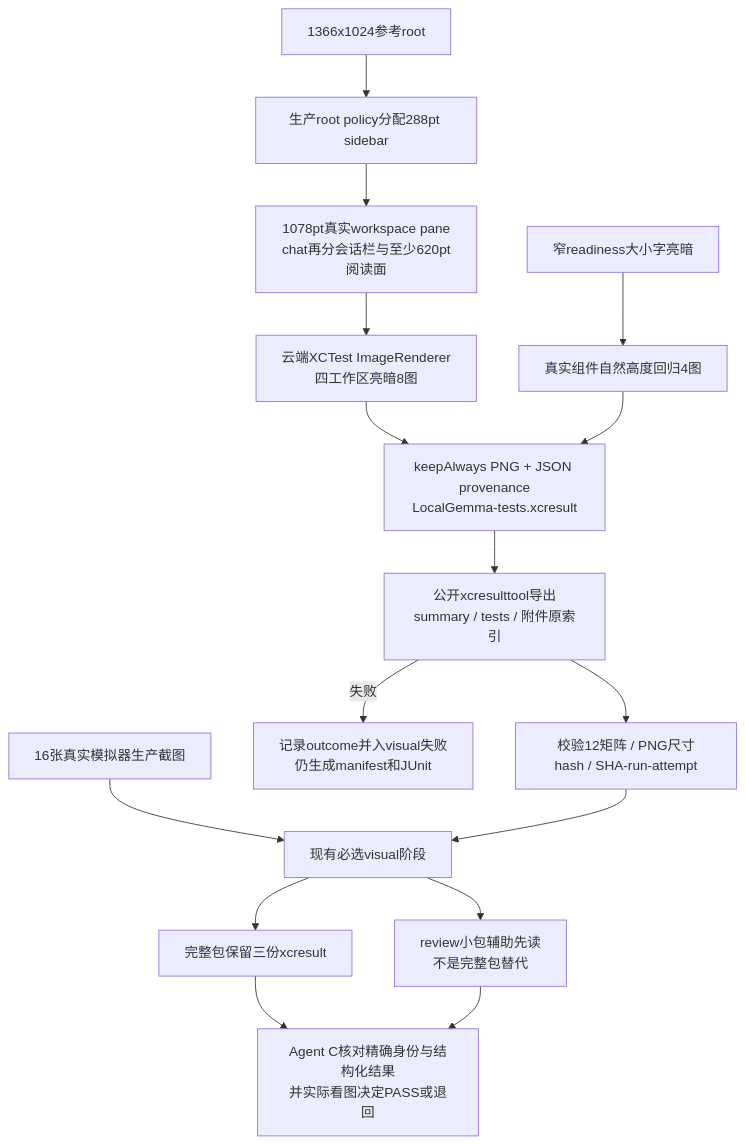
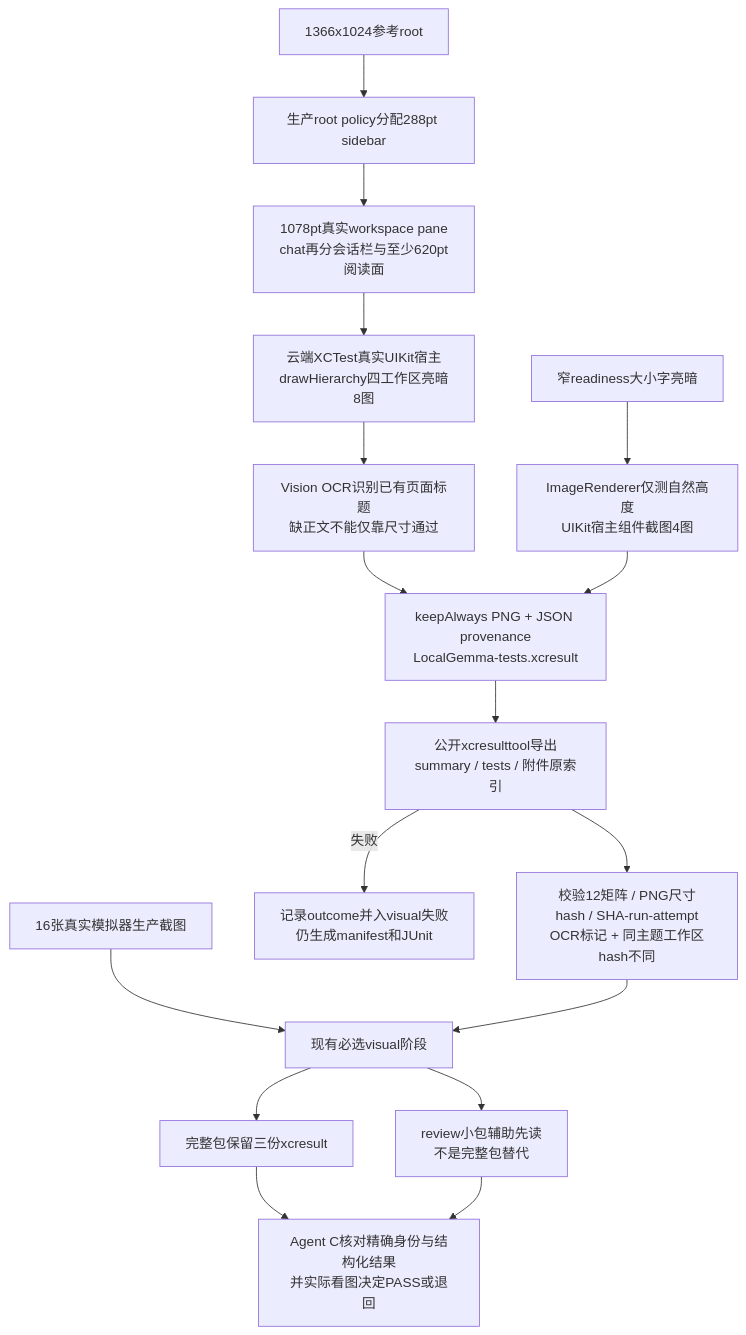
One commit to Altman-sam114/113 changed diagram 21 of 21 in md/flow/flowchart.md. Above: the diagram before and after it, drawn with Mermaid. The commit also changed other lines of this file and 9 other files, not shown here.

````diff
--- a/md/flow/flowchart.md
+++ b/md/flow/flowchart.md
@@ -462,20 +462,21 @@
 ```mermaid
 flowchart TD
     %% 参考窗口先扣除生产全局侧栏，不能把root宽度冒充pane
     Root[1366x1024参考root] --> Global[生产root policy分配288pt sidebar]
     Global --> Pane[1078pt真实workspace pane<br/>chat再分会话栏与至少620pt阅读面]
-    Pane --> Render[云端XCTest ImageRenderer<br/>四工作区亮暗8图]
-    Card[窄readiness大小字亮暗] --> Component[真实组件自然高度回归4图]
+    Pane --> Render[云端XCTest真实UIKit宿主<br/>drawHierarchy四工作区亮暗8图]
+    Card[窄readiness大小字亮暗] --> Component[ImageRenderer仅测自然高度<br/>UIKit宿主组件截图4图]
     %% 原始附件和结构化结果来自同一个本轮xcresult
-    Render --> Result[keepAlways PNG + JSON provenance<br/>LocalGemma-tests.xcresult]
+    Render --> OCR[Vision OCR识别已有页面标题<br/>缺正文不能仅靠尺寸通过]
+    OCR --> Result[keepAlways PNG + JSON provenance<br/>LocalGemma-tests.xcresult]
     Component --> Result
     Result --> Export[公开xcresulttool导出<br/>summary / tests / 附件原索引]
-    Export --> Manifest[校验12矩阵 / PNG尺寸hash / SHA-run-attempt]
+    Export --> Manifest[校验12矩阵 / PNG尺寸hash / SHA-run-attempt<br/>OCR标记 + 同主题工作区hash不同]
     Export -- 失败 --> Failure[记录outcome并入visual失败<br/>仍生成manifest和JUnit]
     Screens[16张真实模拟器生产截图] --> Visual[现有必选visual阶段]
     Manifest --> Visual
     Visual --> Full[完整包保留三份xcresult]
     Visual --> Review[review小包辅助先读<br/>不是完整包替代]
     Full --> C[Agent C核对精确身份与结构化结果<br/>并实际看图决定PASS或退回]
     Review --> C
 ```
````
